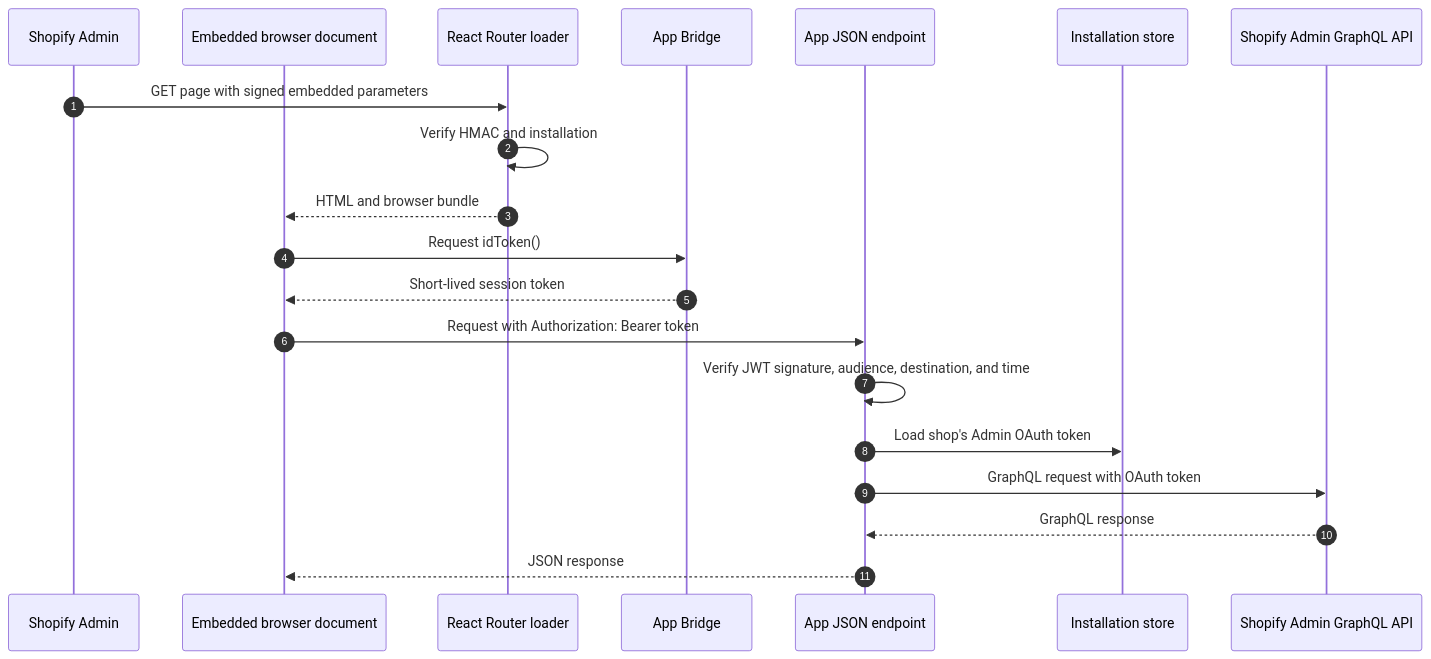
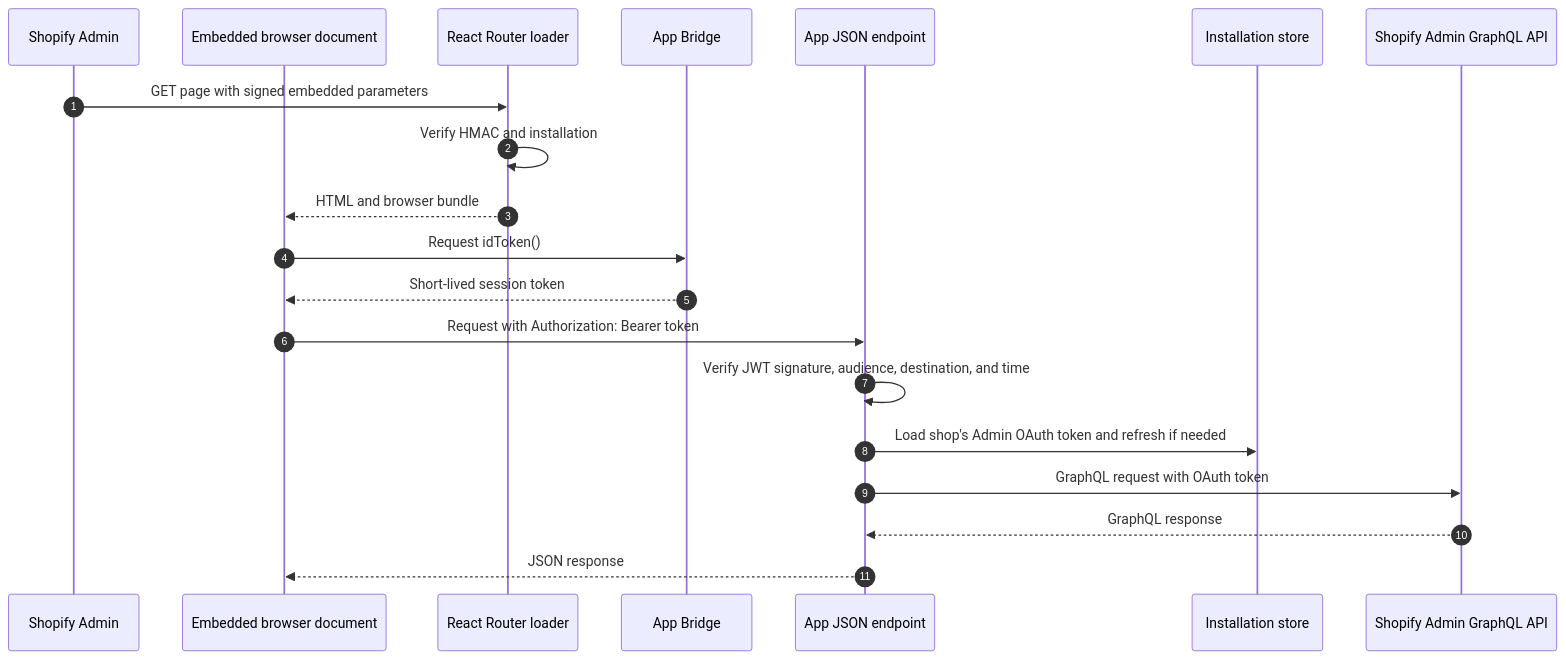
The fourth of 8 diagrams in docs/00-ARCHITECTURE.md (benzookapi/shopify-barebone-app-sample), drawn with Mermaid before and after one commit. The commit also changed other lines of this file and 3 other files, not shown here.

Commit message:
Document app security configuration and offline token refresh flow

````diff
--- a/docs/00-ARCHITECTURE.md
+++ b/docs/00-ARCHITECTURE.md
@@ -114,23 +160,23 @@
 ```mermaid
 sequenceDiagram
     autonumber
     participant Admin as Shopify Admin
     participant Browser as Embedded browser document
     participant Loader as React Router loader
     participant Bridge as App Bridge
     participant Endpoint as App JSON endpoint
     participant Store as Installation store
     participant API as Shopify Admin GraphQL API
 
     Admin->>Loader: GET page with signed embedded parameters
     Loader->>Loader: Verify HMAC and installation
     Loader-->>Browser: HTML and browser bundle
     Browser->>Bridge: Request idToken()
     Bridge-->>Browser: Short-lived session token
     Browser->>Endpoint: Request with Authorization: Bearer token
     Endpoint->>Endpoint: Verify JWT signature, audience, destination, and time
-    Endpoint->>Store: Load shop's Admin OAuth token
+    Endpoint->>Store: Load shop's Admin OAuth token and refresh if needed
     Endpoint->>API: GraphQL request with OAuth token
     API-->>Endpoint: GraphQL response
     Endpoint-->>Browser: JSON response
 ```
````
